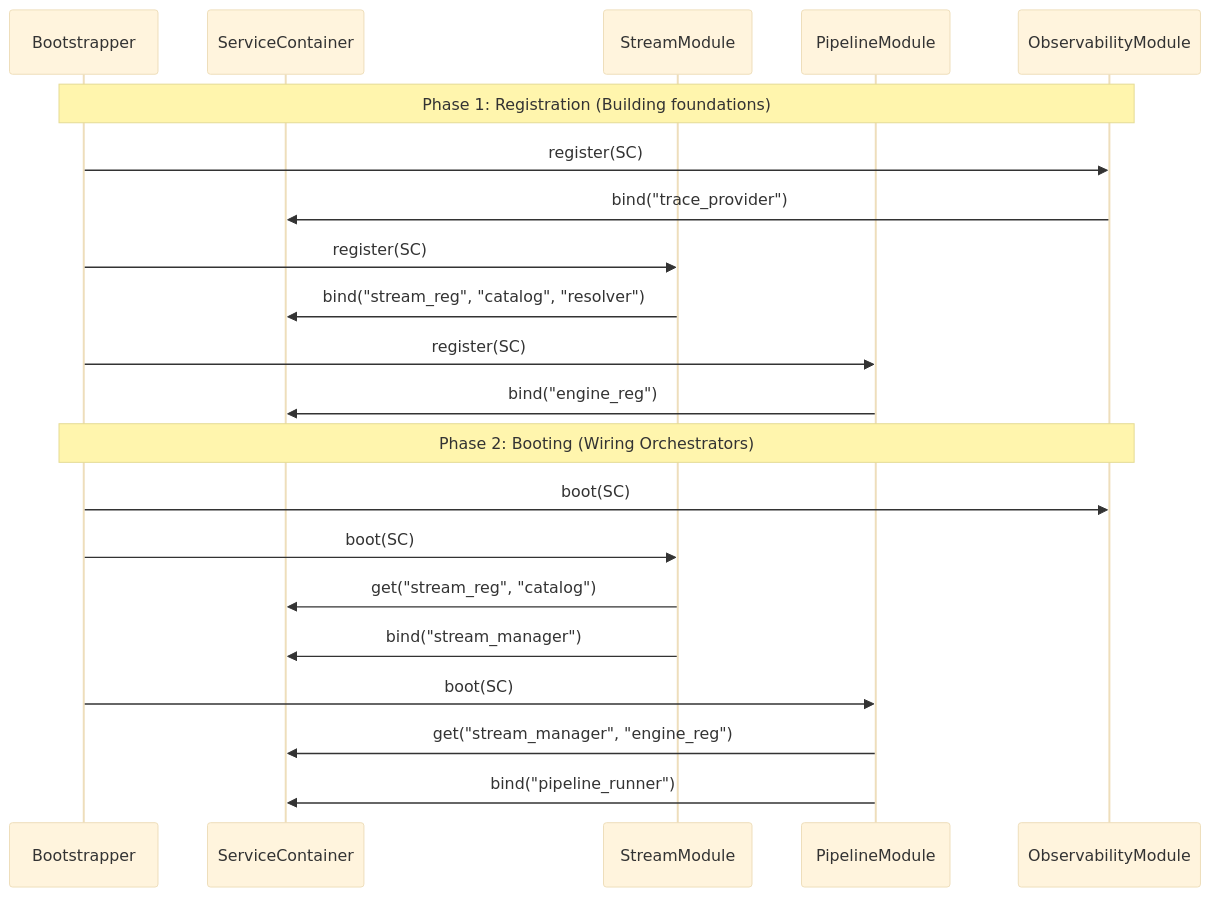
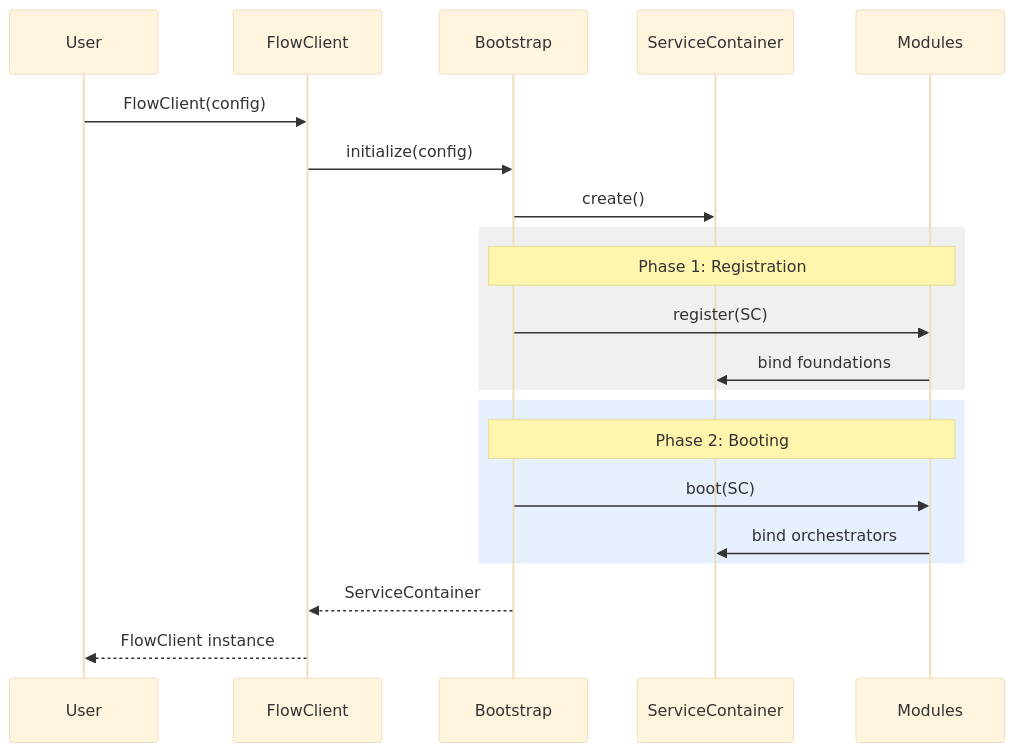
The diagram in docs/modular_registration_spec.md (mnaatjes/etl-pipeline), drawn with Mermaid (base theme) before and after one commit. The commit also changed other lines of this file, not shown here.

````diff
--- a/docs/modular_registration_spec.md
+++ b/docs/modular_registration_spec.md
@@ -153,25 +227,27 @@
 ```mermaid
 sequenceDiagram
-    participant B as Bootstrapper
+    participant User
+    participant FC as FlowClient
+    participant B as Bootstrap
     participant SC as ServiceContainer
-    participant SM as StreamModule
-    participant PM as PipelineModule
-    participant OM as ObservabilityModule
+    participant M as Modules
 
-    Note over B, OM: Phase 1: Registration (Building foundations)
-    B->>OM: register(SC)
-    OM->>SC: bind("trace_provider")
-    B->>SM: register(SC)
-    SM->>SC: bind("stream_reg", "catalog", "resolver")
-    B->>PM: register(SC)
-    PM->>SC: bind("engine_reg")
+    User->>FC: FlowClient(config)
+    FC->>B: initialize(config)
+    B->>SC: create()
+    
+    rect rgb(240, 240, 240)
+    Note over B, M: Phase 1: Registration
+    B->>M: register(SC)
+    M->>SC: bind foundations
+    end
 
-    Note over B, OM: Phase 2: Booting (Wiring Orchestrators)
-    B->>OM: boot(SC)
-    B->>SM: boot(SC)
-    SM->>SC: get("stream_reg", "catalog")
-    SM->>SC: bind("stream_manager")
-    B->>PM: boot(SC)
-    PM->>SC: get("stream_manager", "engine_reg")
-    PM->>SC: bind("pipeline_runner")
+    rect rgb(230, 240, 255)
+    Note over B, M: Phase 2: Booting
+    B->>M: boot(SC)
+    M->>SC: bind orchestrators
+    end
+
+    B-->>FC: ServiceContainer
+    FC-->>User: FlowClient instance
 ```
````
